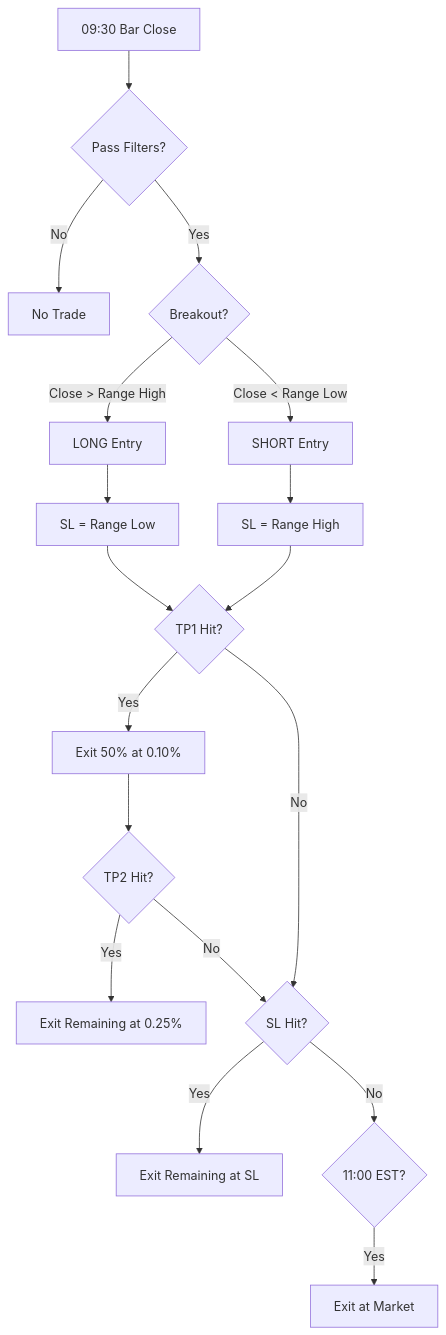
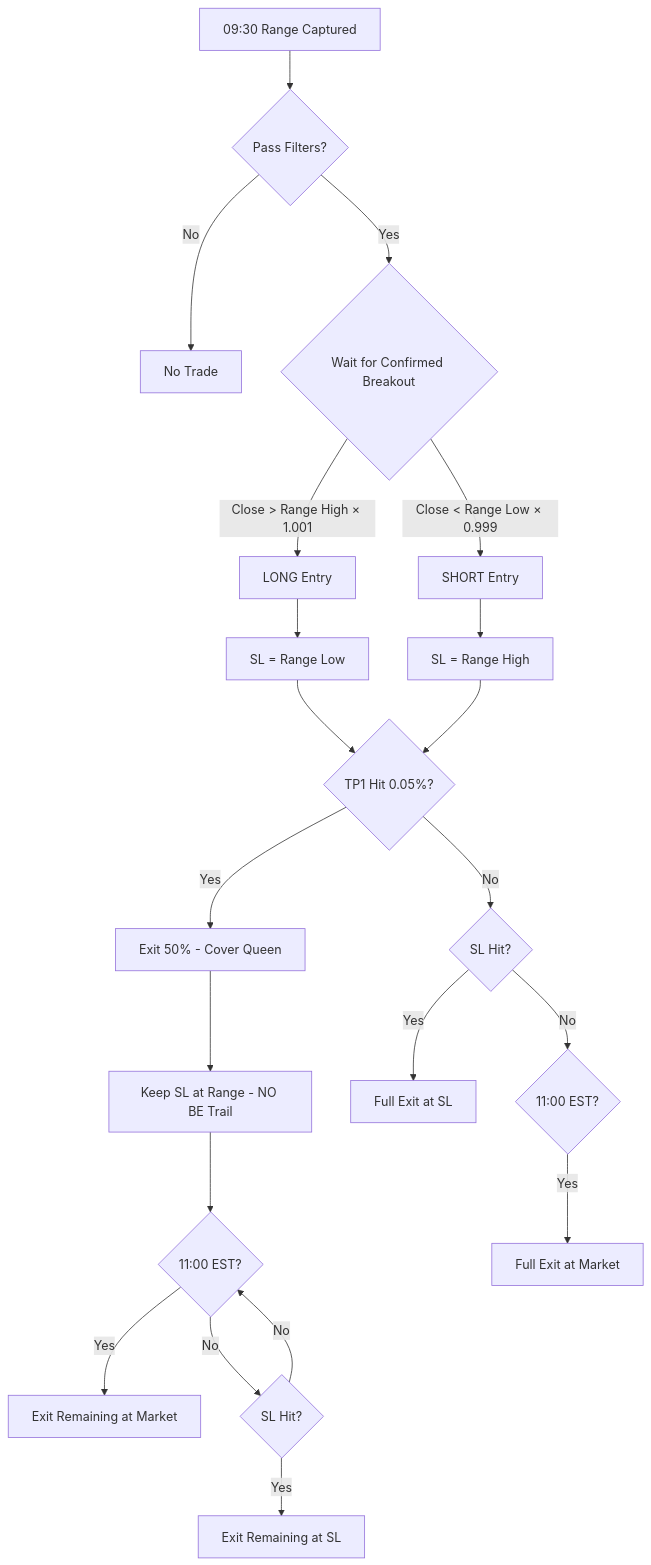
The diagram in docs/strategies/9_30_breakout/ORB_V7_SPEC.md (vinay-veerappa/tvDownloadOHLC), drawn with Mermaid before and after one commit. The commit also changed other lines of this file and 3 other files, not shown here.

First line of the commit message:
feat: Update V7 to V7.1 with Confirmed Breakout entry

````diff
--- a/docs/strategies/9_30_breakout/ORB_V7_SPEC.md
+++ b/docs/strategies/9_30_breakout/ORB_V7_SPEC.md
@@ -61,20 +68,23 @@
 ```mermaid
 flowchart TD
-    A[09:30 Bar Close] --> B{Pass Filters?}
+    A[09:30 Range Captured] --> B{Pass Filters?}
     B -->|No| Z[No Trade]
-    B -->|Yes| C{Breakout?}
-    C -->|Close > Range High| D[LONG Entry]
-    C -->|Close < Range Low| E[SHORT Entry]
+    B -->|Yes| C{Wait for Confirmed Breakout}
+    C -->|Close > Range High × 1.001| D[LONG Entry]
+    C -->|Close < Range Low × 0.999| E[SHORT Entry]
     D --> F[SL = Range Low]
     E --> G[SL = Range High]
-    F --> H{TP1 Hit?}
+    F --> H{TP1 Hit 0.05%?}
     G --> H
-    H -->|Yes| I[Exit 50% at 0.10%]
-    I --> J{TP2 Hit?}
-    J -->|Yes| K[Exit Remaining at 0.25%]
-    J -->|No| L{SL Hit?}
-    L -->|Yes| M[Exit Remaining at SL]
-    L -->|No| N{11:00 EST?}
-    N -->|Yes| O[Exit at Market]
-    H -->|No| L
+    H -->|Yes| I[Exit 50% - Cover Queen]
+    I --> J[Keep SL at Range - NO BE Trail]
+    J --> K{11:00 EST?}
+    K -->|Yes| L[Exit Remaining at Market]
+    K -->|No| M{SL Hit?}
+    M -->|Yes| N[Exit Remaining at SL]
+    M -->|No| K
+    H -->|No| O{SL Hit?}
+    O -->|Yes| P[Full Exit at SL]
+    O -->|No| Q{11:00 EST?}
+    Q -->|Yes| R[Full Exit at Market]
 ```
````
